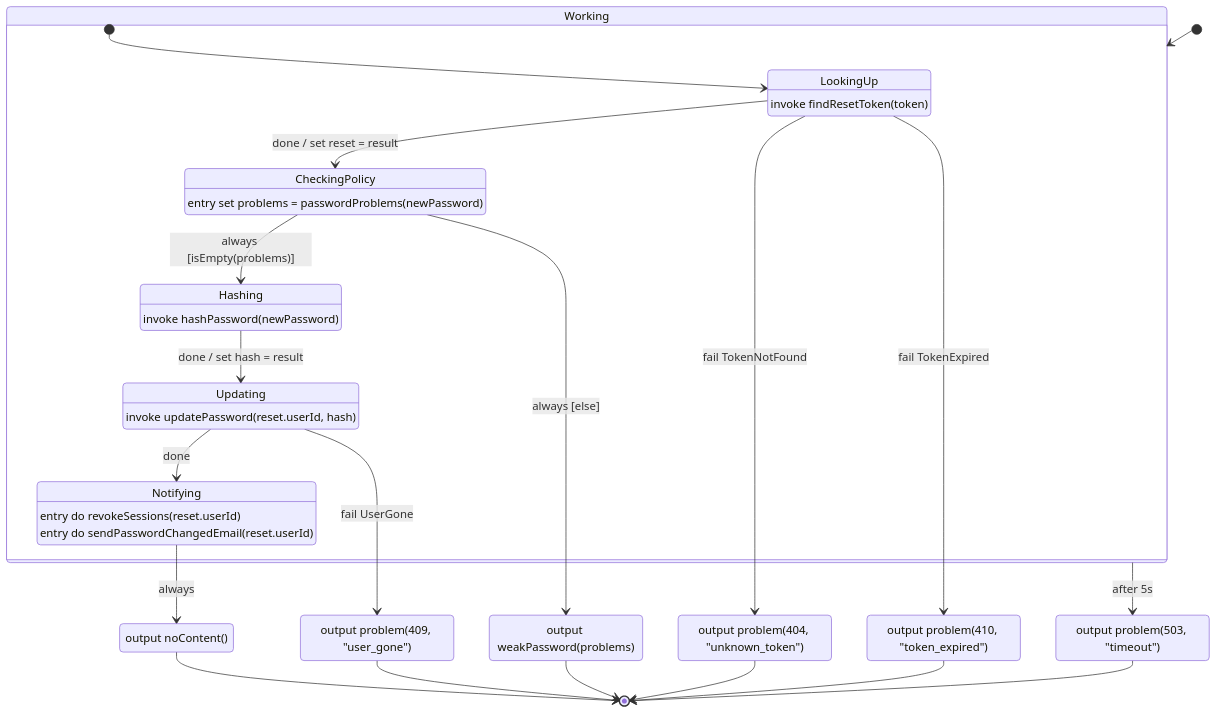
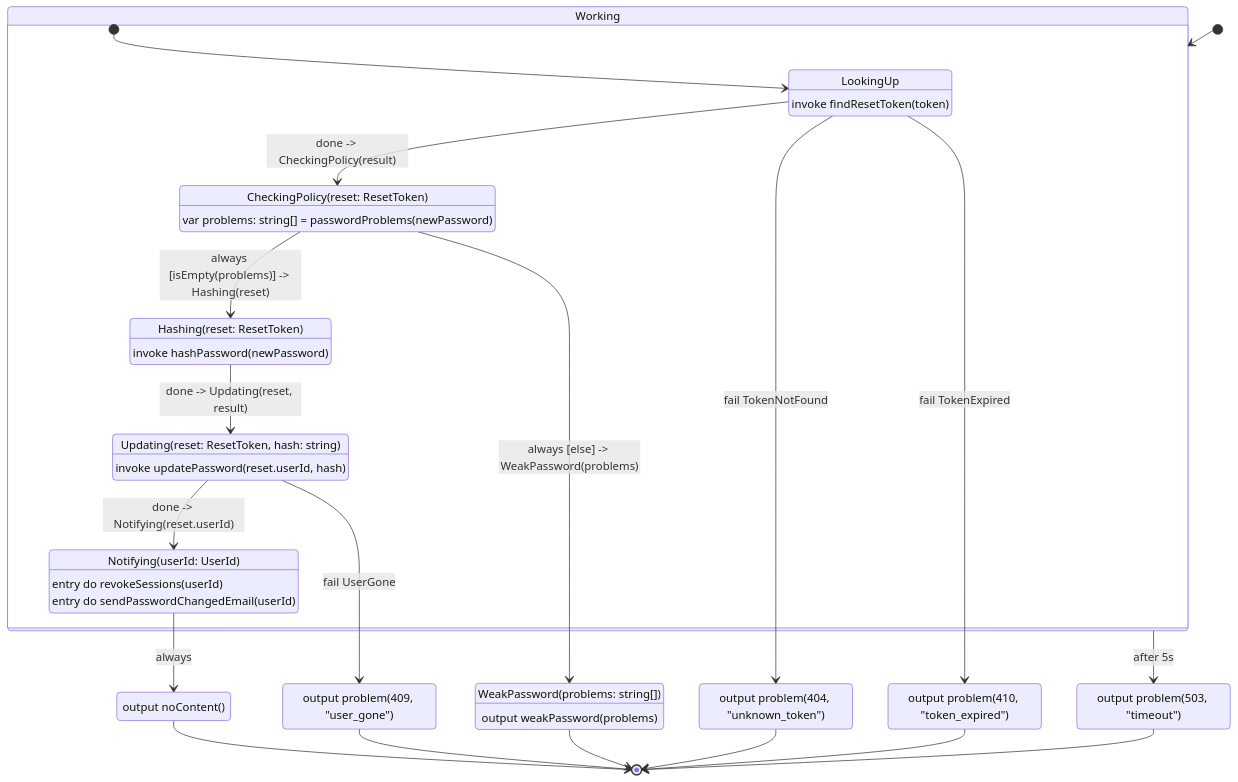
The diagram in packages/viewer/test/mermaid/examples-password-reset-confirm.md (dire-kiwi/roadbook), drawn with Mermaid before and after one commit. The commit also changed 4 other files, not shown here.

Commit message:
Example: password reset with state parameters

````diff
--- a/packages/viewer/test/mermaid/examples-password-reset-confirm.md
+++ b/packages/viewer/test/mermaid/examples-password-reset-confirm.md
@@ -10,40 +10,41 @@
 ```mermaid
 stateDiagram-v2
   state Working {
     state "LookingUp" as Working_LookingUp
     Working_LookingUp: invoke findResetToken(token)
-    state "CheckingPolicy" as Working_CheckingPolicy
-    Working_CheckingPolicy: entry set problems = passwordProblems(newPassword)
-    state "Hashing" as Working_Hashing
+    state "CheckingPolicy(reset#58; ResetToken)" as Working_CheckingPolicy
+    Working_CheckingPolicy: var problems#58; string[] = passwordProblems(newPassword)
+    state "Hashing(reset#58; ResetToken)" as Working_Hashing
     Working_Hashing: invoke hashPassword(newPassword)
-    state "Updating" as Working_Updating
+    state "Updating(reset#58; ResetToken, hash#58; string)" as Working_Updating
     Working_Updating: invoke updatePassword(reset.userId, hash)
-    state "Notifying" as Working_Notifying
-    Working_Notifying: entry do revokeSessions(reset.userId)
-    Working_Notifying: entry do sendPasswordChangedEmail(reset.userId)
+    state "Notifying(userId#58; UserId)" as Working_Notifying
+    Working_Notifying: entry do revokeSessions(userId)
+    Working_Notifying: entry do sendPasswordChangedEmail(userId)
     [*] --> Working_LookingUp
-    Working_LookingUp --> Working_CheckingPolicy: done / set reset = result
-    Working_CheckingPolicy --> Working_Hashing: always [isEmpty(problems)]
-    Working_Hashing --> Working_Updating: done / set hash = result
-    Working_Updating --> Working_Notifying: done
+    Working_LookingUp --> Working_CheckingPolicy: done -> CheckingPolicy(result)
+    Working_CheckingPolicy --> Working_Hashing: always [isEmpty(problems)] -> Hashing(reset)
+    Working_Hashing --> Working_Updating: done -> Updating(reset, result)
+    Working_Updating --> Working_Notifying: done -> Notifying(reset.userId)
   }
   Changed: output noContent()
   UnknownToken: output problem(404, "unknown_token")
   ExpiredToken: output problem(410, "token_expired")
+  state "WeakPassword(problems#58; string[])" as WeakPassword
   WeakPassword: output weakPassword(problems)
   UserVanished: output problem(409, "user_gone")
   TimedOut: output problem(503, "timeout")
   [*] --> Working
   Working --> TimedOut: after 5s
   Working_LookingUp --> UnknownToken: fail TokenNotFound
   Working_LookingUp --> ExpiredToken: fail TokenExpired
-  Working_CheckingPolicy --> WeakPassword: always [else]
+  Working_CheckingPolicy --> WeakPassword: always [else] -> WeakPassword(problems)
   Working_Updating --> UserVanished: fail UserGone
   Working_Notifying --> Changed: always
   Changed --> [*]
   UnknownToken --> [*]
   ExpiredToken --> [*]
   WeakPassword --> [*]
   UserVanished --> [*]
   TimedOut --> [*]
 ```
````
